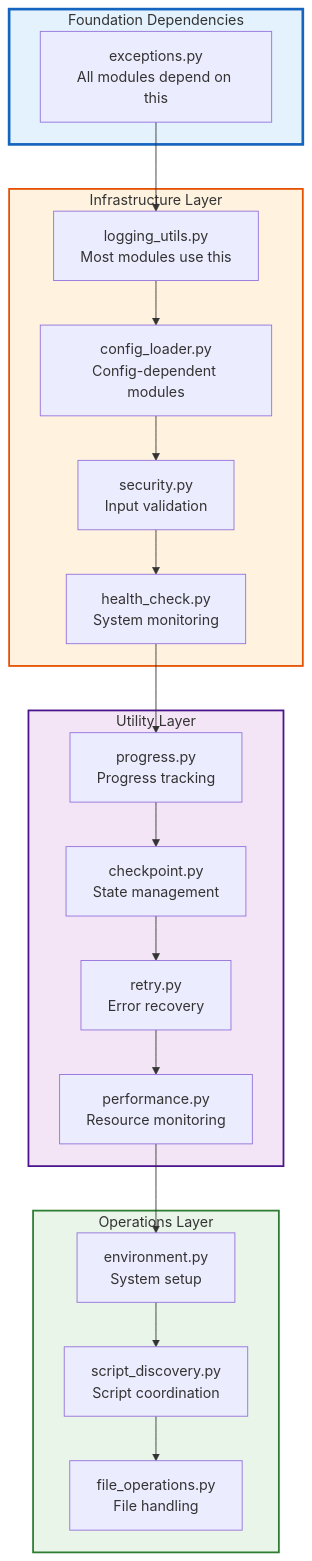
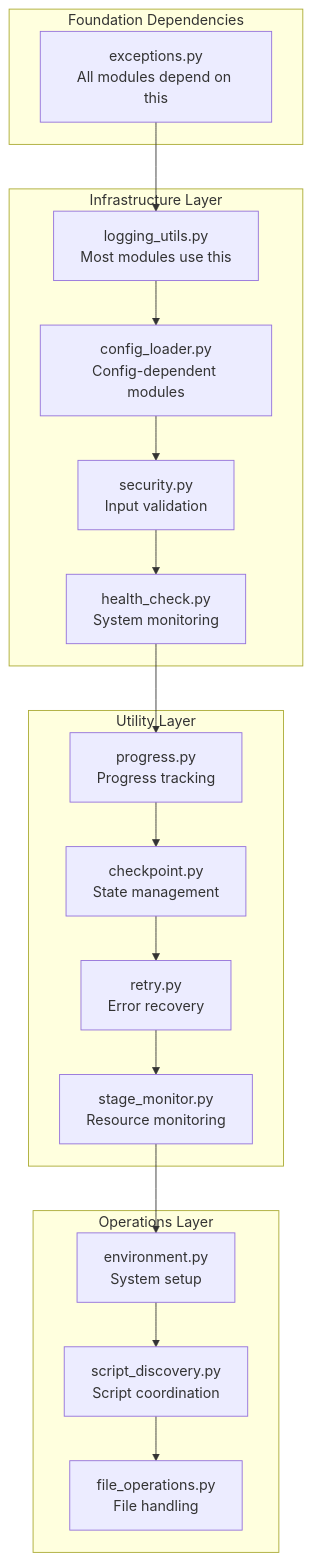
One commit to docxology/template changed the fifth of 5 diagrams in infrastructure/core/README.md. Above: the diagram before and after it, drawn with Mermaid. The commit also changed other lines of this file and 243 other files, not shown here.

````diff
--- a/infrastructure/core/README.md
+++ b/infrastructure/core/README.md
@@ -226,48 +206,43 @@
 ```mermaid
 graph TD
     subgraph Base["Foundation Dependencies"]
         EXCEPTIONS[exceptions.py<br/>All modules depend on this]
     end
 
     subgraph Infrastructure["Infrastructure Layer"]
         LOGGING[logging_utils.py<br/>Most modules use this]
         CONFIG[config_loader.py<br/>Config-dependent modules]
         SECURITY[security.py<br/>Input validation]
         HEALTH[health_check.py<br/>System monitoring]
     end
 
     subgraph Utilities["Utility Layer"]
         PROGRESS[progress.py<br/>Progress tracking]
         CHECKPOINT[checkpoint.py<br/>State management]
         RETRY[retry.py<br/>Error recovery]
-        PERFORMANCE[performance.py<br/>Resource monitoring]
+        PERFORMANCE[stage_monitor.py<br/>Resource monitoring]
     end
 
     subgraph Operations["Operations Layer"]
         ENVIRONMENT[environment.py<br/>System setup]
         SCRIPTS[script_discovery.py<br/>Script coordination]
         FILES[file_operations.py<br/>File handling]
     end
 
     EXCEPTIONS --> LOGGING
     LOGGING --> CONFIG
     CONFIG --> SECURITY
     SECURITY --> HEALTH
     HEALTH --> PROGRESS
     PROGRESS --> CHECKPOINT
     CHECKPOINT --> RETRY
     RETRY --> PERFORMANCE
     PERFORMANCE --> ENVIRONMENT
     ENVIRONMENT --> SCRIPTS
     SCRIPTS --> FILES
 
-    classDef base fill:#e3f2fd,stroke:#1565c0,stroke-width:3px
-    classDef infra fill:#fff3e0,stroke:#e65100,stroke-width:2px
-    classDef util fill:#f3e5f5,stroke:#4a148c,stroke-width:2px
-    classDef ops fill:#e8f5e8,stroke:#2e7d32,stroke-width:2px
-
     class Base base
     class Infrastructure infra
     class Utilities util
     class Operations ops
 ```
````
